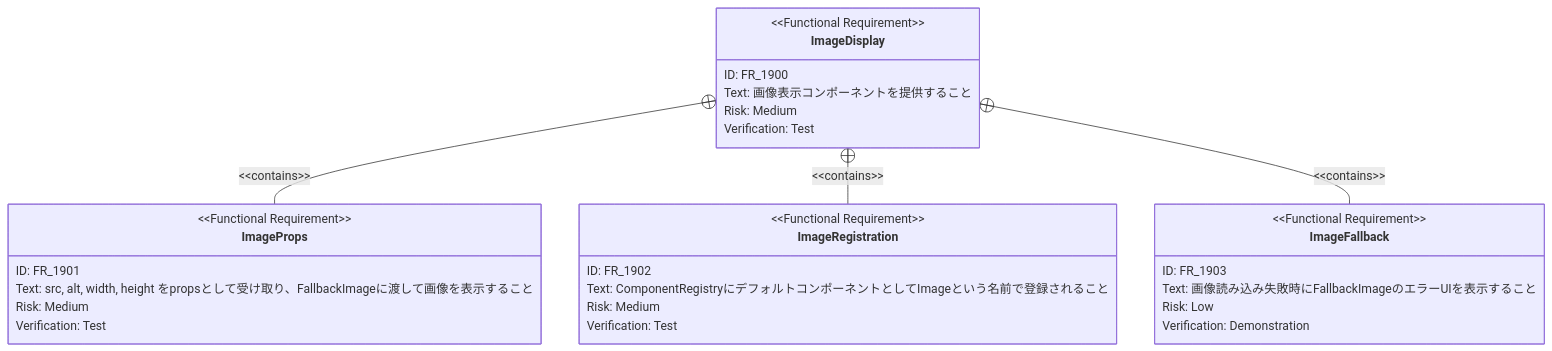
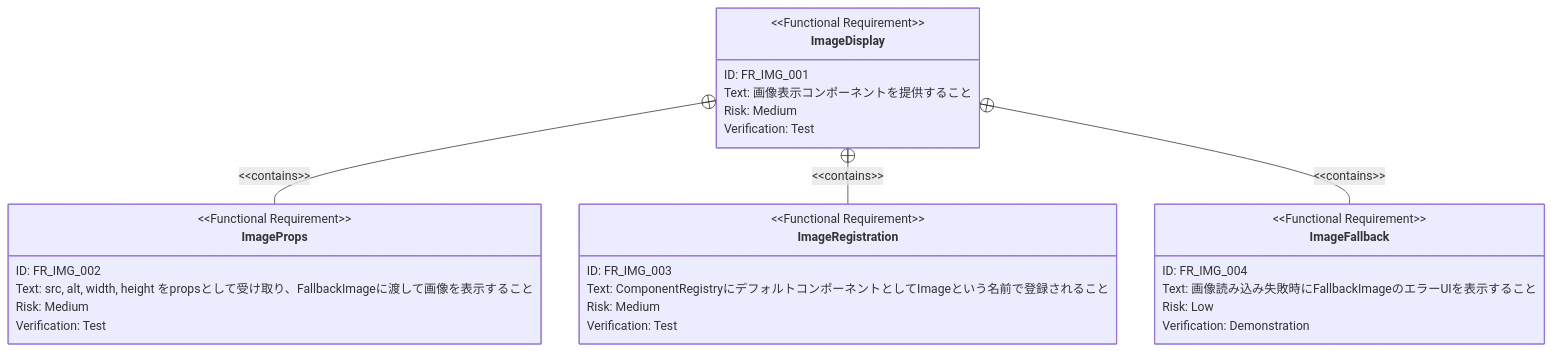
One commit to ToshikiImagawa/slide-presentation-app changed the third of 4 diagrams in .sdd/requirement/image-component.md. Above: the diagram before and after it, drawn with Mermaid. The commit also changed other lines of this file and 31 other files, not shown here.

````diff
--- a/.sdd/requirement/image-component.md
+++ b/.sdd/requirement/image-component.md
@@ -111,34 +129,34 @@
 ```mermaid
 requirementDiagram
     functionalRequirement ImageDisplay {
-        id: FR_1900
+        id: FR_IMG_001
         text: "画像表示コンポーネントを提供すること"
         risk: medium
         verifymethod: test
     }
 
     functionalRequirement ImageProps {
-        id: FR_1901
+        id: FR_IMG_002
         text: "src, alt, width, height をpropsとして受け取り、FallbackImageに渡して画像を表示すること"
         risk: medium
         verifymethod: test
     }
 
     functionalRequirement ImageRegistration {
-        id: FR_1902
+        id: FR_IMG_003
         text: "ComponentRegistryにデフォルトコンポーネントとしてImageという名前で登録されること"
         risk: medium
         verifymethod: test
     }
 
     functionalRequirement ImageFallback {
-        id: FR_1903
+        id: FR_IMG_004
         text: "画像読み込み失敗時にFallbackImageのエラーUIを表示すること"
         risk: low
         verifymethod: demonstration
     }
 
     ImageDisplay - contains -> ImageProps
     ImageDisplay - contains -> ImageRegistration
     ImageDisplay - contains -> ImageFallback
 ```
````
